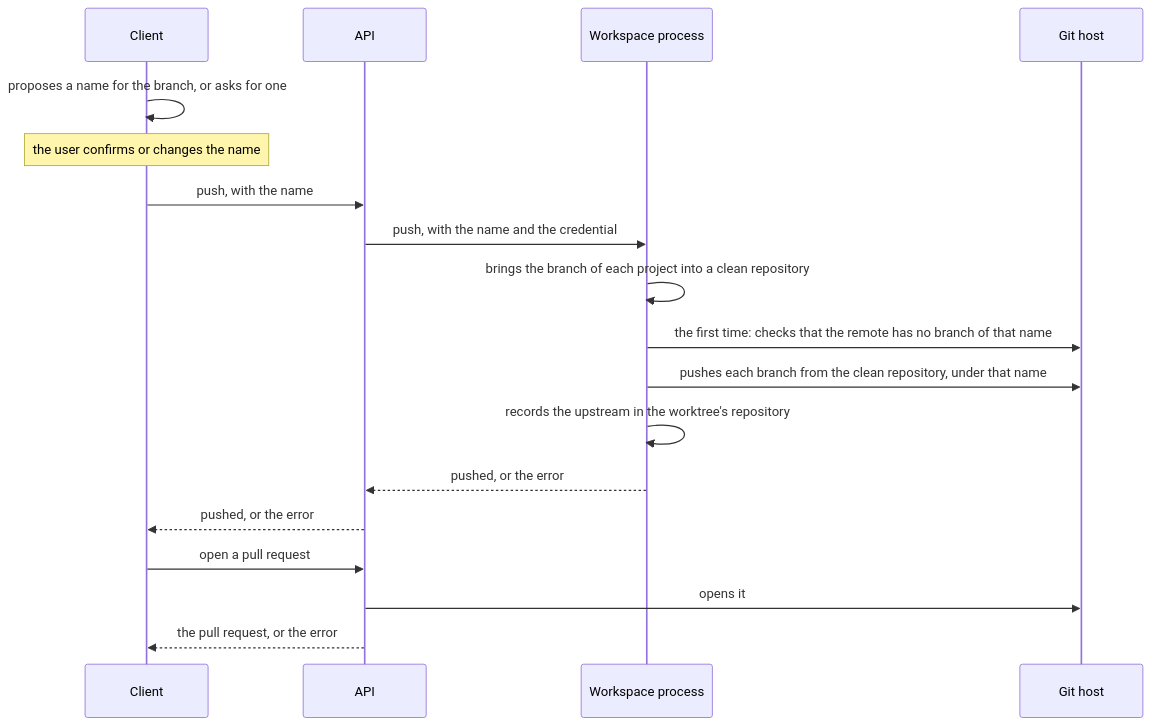
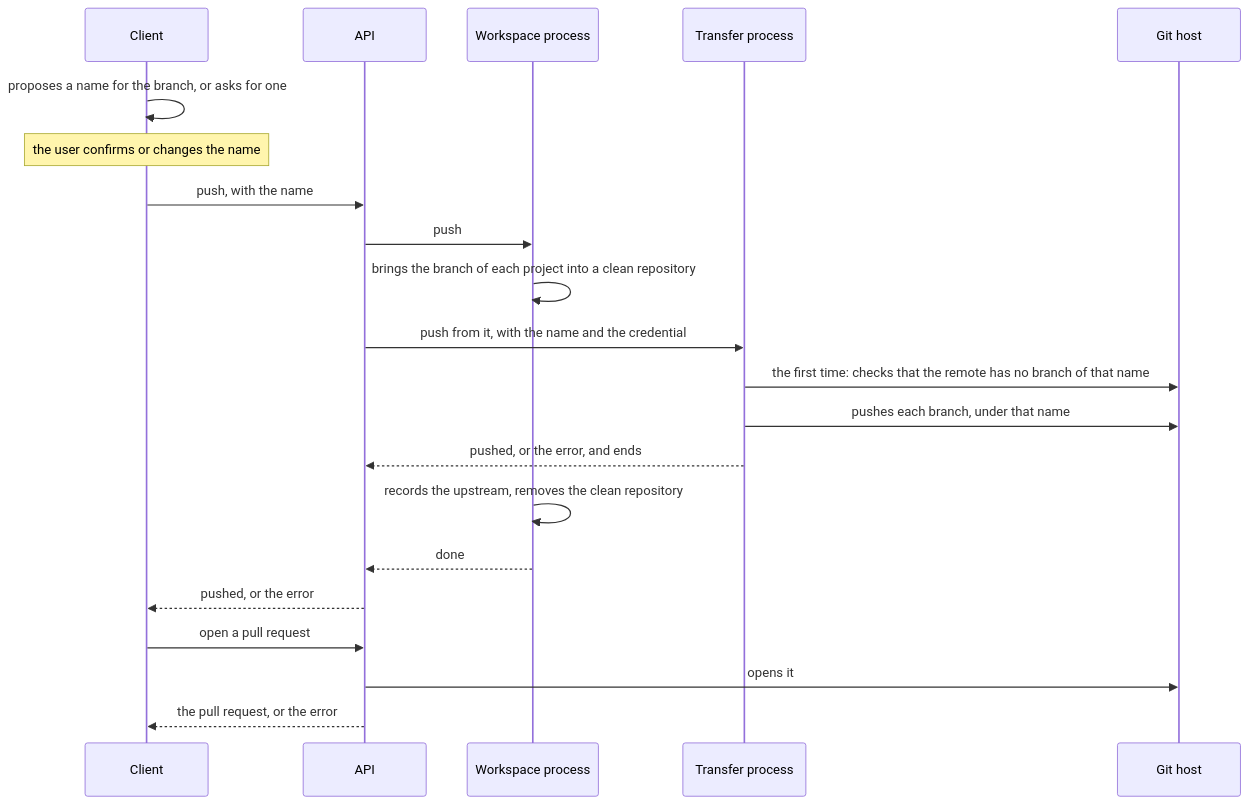
Before and after one commit to Mikode13/harness-docs: the diagram in flows/changes-and-push.md, drawn with Mermaid. The commit also changed other lines of this file and 7 other files, not shown here.

First line of the commit message:
docs: give the git credential only to a transfer process

````diff
--- a/flows/changes-and-push.md
+++ b/flows/changes-and-push.md
@@ -52,22 +52,25 @@
 ```mermaid
 sequenceDiagram
     participant C as Client
     participant A as API
     participant W as Workspace process
+    participant T as Transfer process
     participant G as Git host
 
     C->>C: proposes a name for the branch, or asks for one
     Note over C: the user confirms or changes the name
     C->>A: push, with the name
-    A->>W: push, with the name and the credential
+    A->>W: push
     W->>W: brings the branch of each project into a clean repository
-    W->>G: the first time: checks that the remote has no branch of that name
-    W->>G: pushes each branch from the clean repository, under that name
-    W->>W: records the upstream in the worktree's repository
-    W-->>A: pushed, or the error
+    A->>T: push from it, with the name and the credential
+    T->>G: the first time: checks that the remote has no branch of that name
+    T->>G: pushes each branch, under that name
+    T-->>A: pushed, or the error, and ends
+    W->>W: records the upstream, removes the clean repository
+    W-->>A: done
     A-->>C: pushed, or the error
 
     C->>A: open a pull request
     A->>G: opens it
     A-->>C: the pull request, or the error
 ```
````
